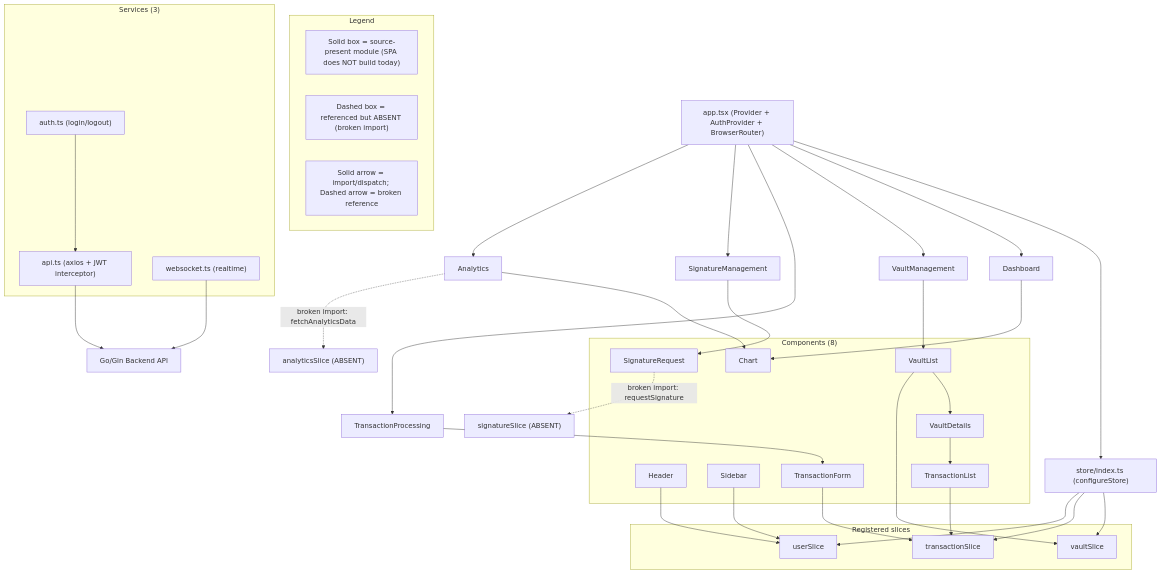
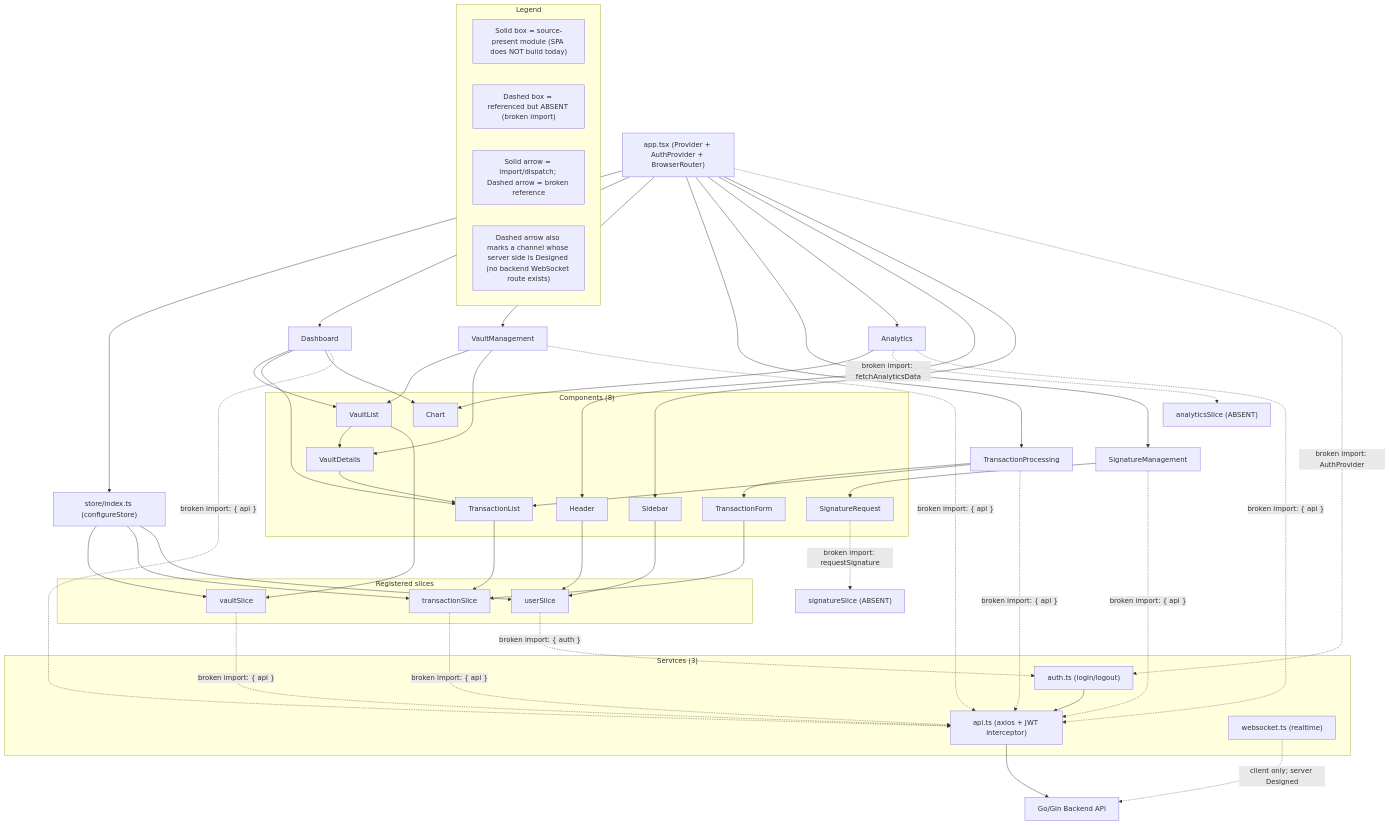
Before and after one commit to blitzy-public-samples/blockchain-integration-6edhrq: the diagram in docs/architecture/frontend.md, drawn with Mermaid. The commit also changed other lines of this file and 17 other files, not shown here.

````diff
--- a/docs/architecture/frontend.md
+++ b/docs/architecture/frontend.md
@@ -34,6 +34,7 @@
         LG1["Solid box = source-present module (SPA does NOT build today)"]
         LG2["Dashed box = referenced but ABSENT (broken import)"]
         LG3["Solid arrow = import/dispatch; Dashed arrow = broken reference"]
+        LG4["Dashed arrow also marks a channel whose server side is Designed (no backend WebSocket route exists)"]
     end
 
     App["app.tsx (Provider + AuthProvider + BrowserRouter)"]
@@ -74,11 +75,17 @@
     Store --> TxSlice
     Store --> UserSlice
 
+    App --> Header
+    App --> Sidebar
     VaultPg --> VaultList
+    VaultPg --> VaultDetails
     VaultList --> VaultDetails
     VaultDetails --> TxList
     TxPg --> TxForm
+    TxPg --> TxList
     SigPg --> SigReq
+    Dash --> VaultList
+    Dash --> TxList
     Dash --> Chart
     Ana --> Chart
 
@@ -91,7 +98,12 @@
     Ana -.->|"broken import: fetchAnalyticsData"| AnaSlice
     SigReq -.->|"broken import: requestSignature"| SigSlice
 
+    Dash & VaultPg & TxPg & SigPg & Ana -.->|"broken import: { api }"| Api
+    VaultSlice & TxSlice -.->|"broken import: { api }"| Api
+    UserSlice -.->|"broken import: { auth }"| Auth
+    App -.->|"broken import: AuthProvider"| Auth
+
     Api --> Backend["Go/Gin Backend API"]
     Auth --> Api
-    Ws --> Backend
+    Ws -.->|"client only; server Designed"| Backend
 ```
````
